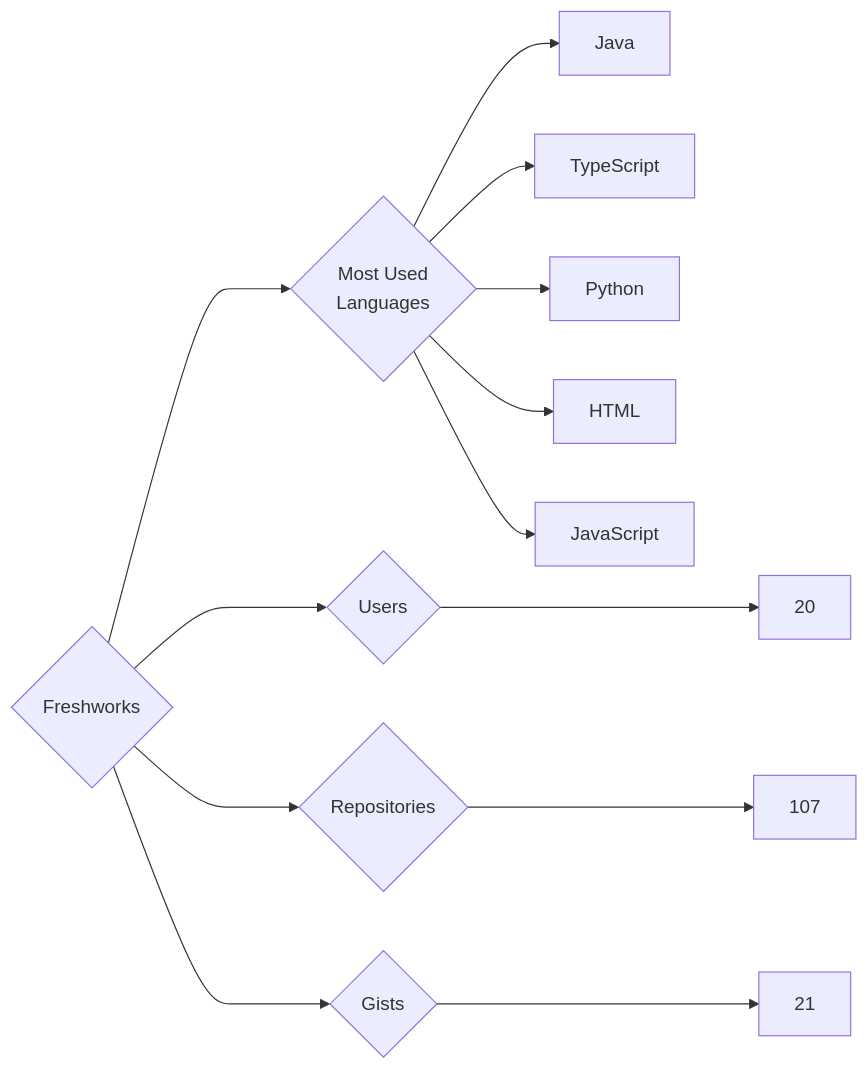
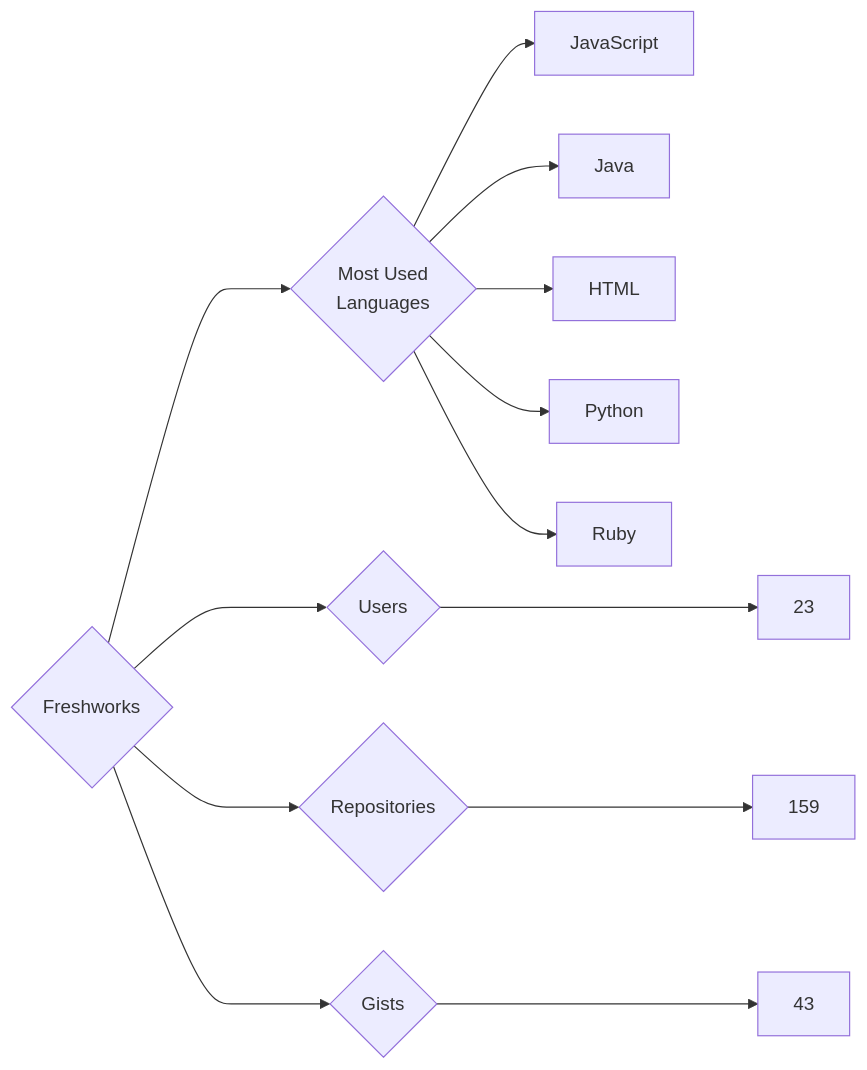
One commit to trickest/insiders changed the diagram in targets/Freshworks/README.md. Above: the diagram before and after it, drawn with Mermaid. The commit also changed 927 other files, not shown here.

````diff
--- a/targets/Freshworks/README.md
+++ b/targets/Freshworks/README.md
@@ -3,13 +3,13 @@
 ```mermaid
 graph LR
 COMPANY_NAME{Freshworks}
-COMPANY_NAME ---> U{Users} ---> UN[20]
-COMPANY_NAME ---> R{Repositories} ---> RN[107]
-COMPANY_NAME ---> G{Gists} ---> GN[21]
+COMPANY_NAME ---> U{Users} ---> UN[23]
+COMPANY_NAME ---> R{Repositories} ---> RN[159]
+COMPANY_NAME ---> G{Gists} ---> GN[43]
 COMPANY_NAME ---> ML{Most Used<br>Languages}
+ML --> JavaScript[JavaScript]
 ML --> Java[Java]
-ML --> TypeScript[TypeScript]
+ML --> HTML[HTML]
 ML --> Python[Python]
-ML --> HTML[HTML]
-ML --> JavaScript[JavaScript]
+ML --> Ruby[Ruby]
 ```
````
